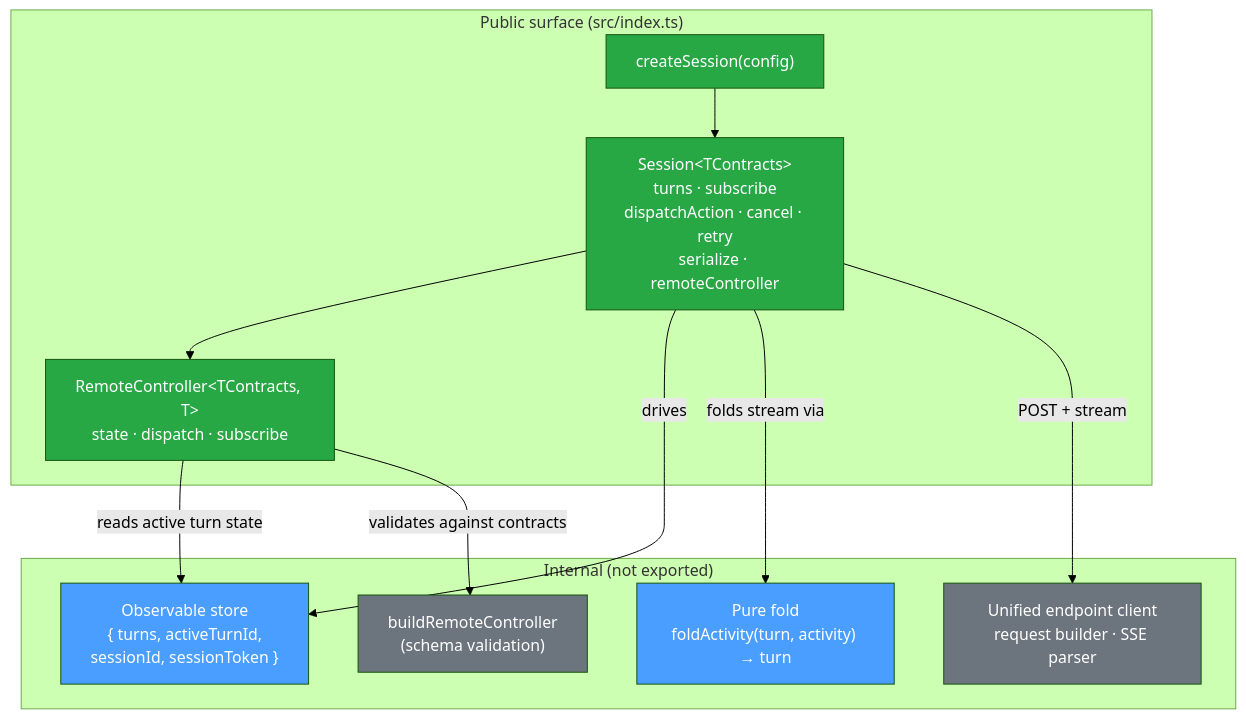
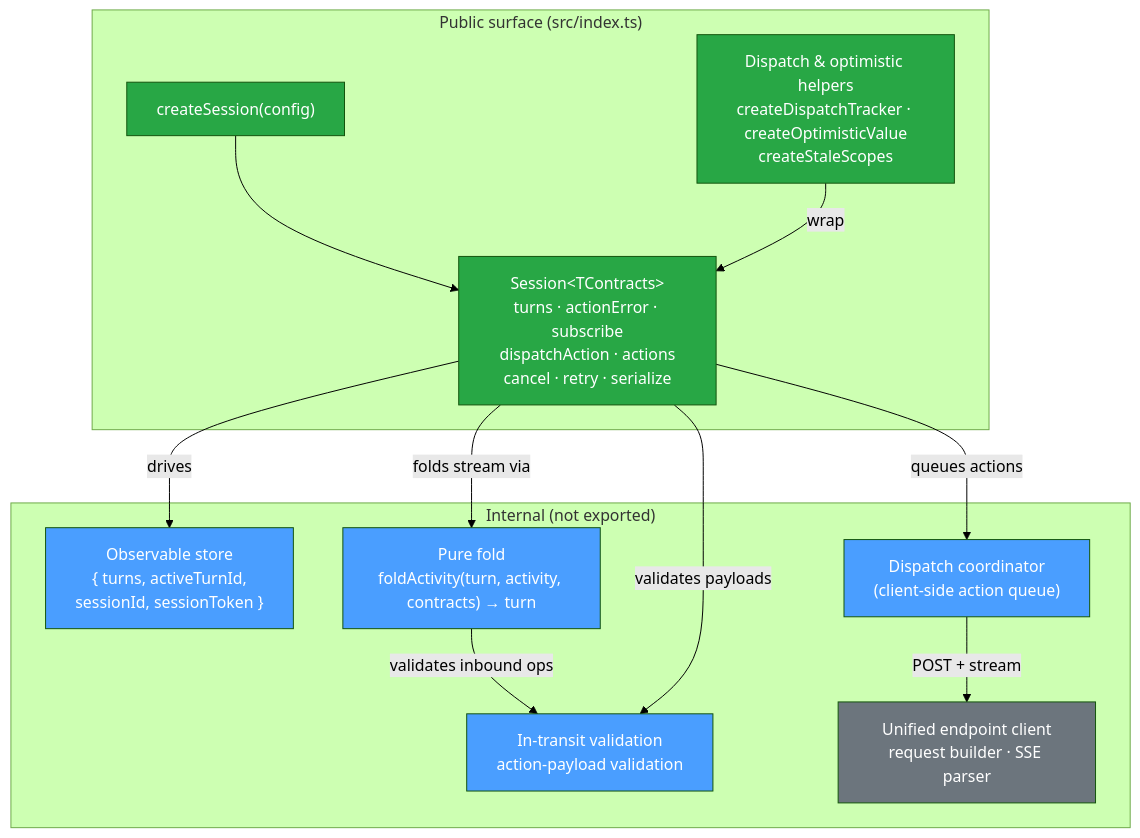
Before and after one commit to coveo/ui-kit: the first of 2 diagrams in packages/thermidor/docs/architecture.md, drawn with Mermaid (forest theme). The commit also changed other lines of this file and 3 other files, not shown here.

First line of the commit message:
docs(thermidor): refresh the demo sample and package architecture docs j:KIT-6348

````diff
--- a/packages/thermidor/docs/architecture.md
+++ b/packages/thermidor/docs/architecture.md
@@ -17,31 +17,34 @@
 ```mermaid
 graph TB
     subgraph "Public surface (src/index.ts)"
         CS["createSession(config)"]
-        SESSION["Session&lt;TContracts&gt;<br/>turns · subscribe<br/>dispatchAction · cancel · retry<br/>serialize · remoteController"]
-        RC["RemoteController&lt;TContracts, T&gt;<br/>state · dispatch · subscribe"]
+        SESSION["Session&lt;TContracts&gt;<br/>turns · actionError · subscribe<br/>dispatchAction · actions<br/>cancel · retry · serialize"]
+        HELPERS["Dispatch &amp; optimistic helpers<br/>createDispatchTracker · createOptimisticValue<br/>createStaleScopes"]
     end
 
     subgraph "Internal (not exported)"
         STORE["Observable store<br/>{ turns, activeTurnId,<br/>sessionId, sessionToken }"]
-        FOLD["Pure fold<br/>foldActivity(turn, activity) → turn"]
+        FOLD["Pure fold<br/>foldActivity(turn, activity, contracts) → turn"]
+        VALID["In-transit validation<br/>action-payload validation"]
+        QUEUE["Dispatch coordinator<br/>(client-side action queue)"]
         API["Unified endpoint client<br/>request builder · SSE parser"]
-        BRC["buildRemoteController<br/>(schema validation)"]
     end
 
     CS --> SESSION
-    SESSION --> RC
     SESSION -->|drives| STORE
     SESSION -->|folds stream via| FOLD
-    SESSION -->|POST + stream| API
-    RC -->|reads active turn state| STORE
-    RC -->|validates against contracts| BRC
+    FOLD -->|validates inbound ops| VALID
+    SESSION -->|validates payloads| VALID
+    SESSION -->|queues actions| QUEUE
+    QUEUE -->|POST + stream| API
+    HELPERS -->|wrap| SESSION
 
     style CS fill:#28a745,color:#fff
     style SESSION fill:#28a745,color:#fff
-    style RC fill:#28a745,color:#fff
+    style HELPERS fill:#28a745,color:#fff
     style STORE fill:#4a9eff,color:#fff
     style FOLD fill:#4a9eff,color:#fff
+    style VALID fill:#4a9eff,color:#fff
+    style QUEUE fill:#4a9eff,color:#fff
     style API fill:#6c757d,color:#fff
-    style BRC fill:#6c757d,color:#fff
 ```
````
